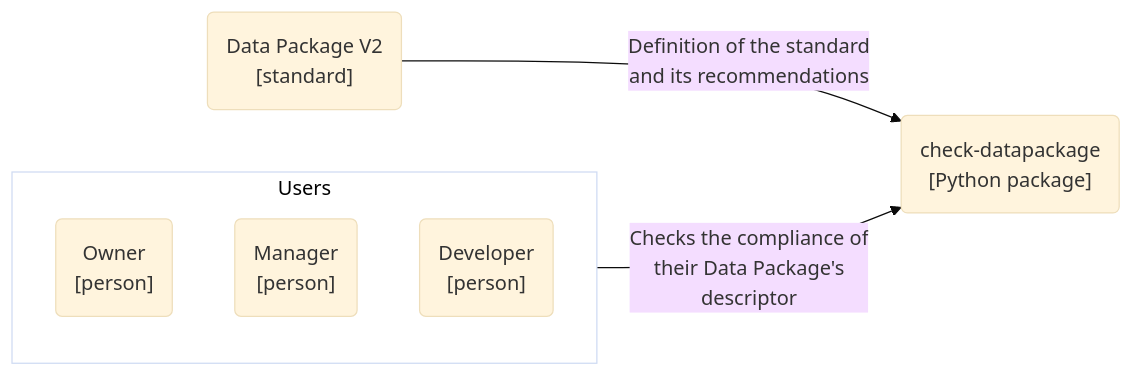
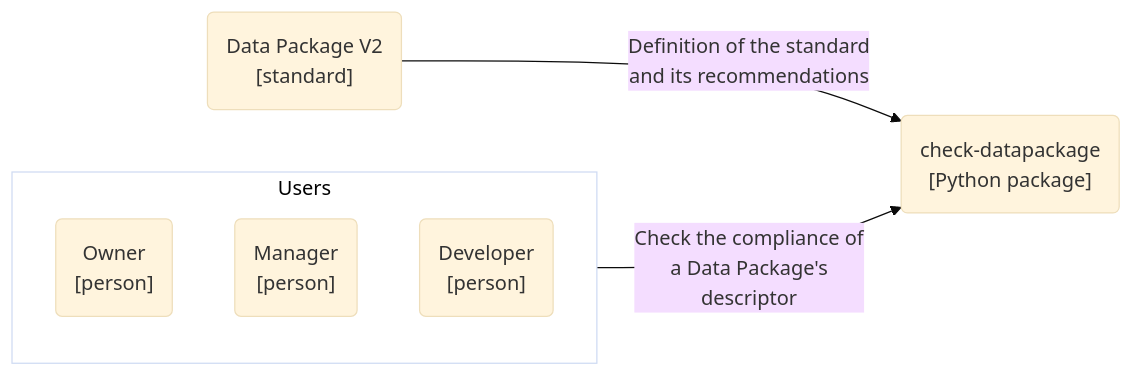
One commit to seedcase-project/check-datapackage changed the first of 2 diagrams in docs/design/architecture.qmd. Above: the diagram before and after it, drawn with Mermaid (base theme).

Commit message:
docs: :pencil2: align phrasing of user action in system context with container diagram

````diff
--- a/docs/design/architecture.qmd
+++ b/docs/design/architecture.qmd
@@ -89,21 +89,20 @@
 ```{mermaid}
 %%| label: fig-c4-context
 %%| fig-cap: "C4 system context diagram showing the anticipated users and the external system (the Data Package standard) `check-datapackage` interacts with."
 flowchart LR
 
     subgraph "Users"
         user_owner("Owner<br>[person]")
         user_manager("Manager<br>[person]")
         user_developer("Developer<br>[person]")
     end
 
     dp_standard("Data Package V2<br>[standard]")
     check("check-datapackage<br>[Python package]")
 
 
     dp_standard --"Definition of the standard<br>and its recommendations"--> check
-    Users --"Checks the compliance of<br>their Data Package's<br>descriptor"--> check
-
+    Users --"Check the compliance of<br>a Data Package's<br>descriptor"--> check
     %% Styling
     style Users fill:#FFFFFF, color:#000000
 ```
````
